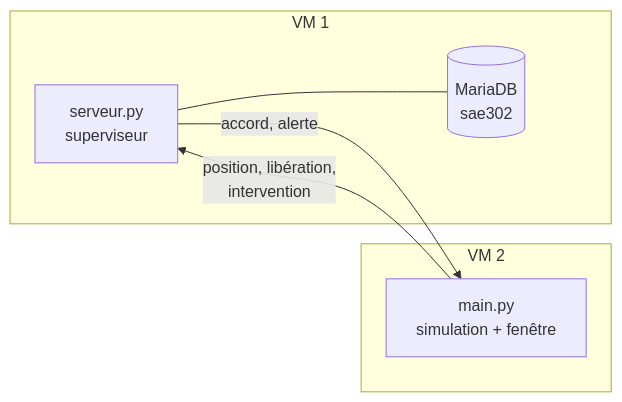
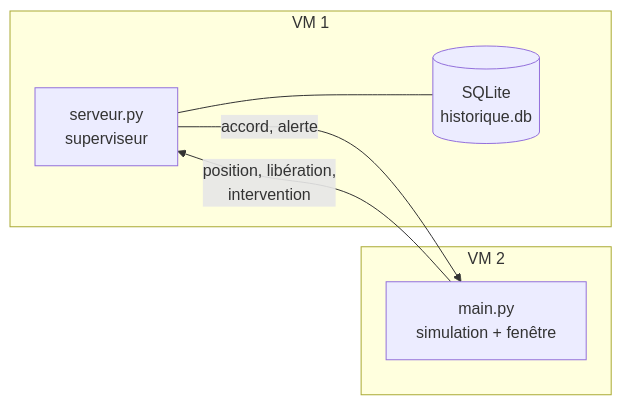
The second of 2 diagrams in README.md (Ercys38/SAE3.02), drawn with Mermaid before and after one commit. The commit also changed other lines of this file and 18 other files, not shown here.

````diff
--- a/README.md
+++ b/README.md
@@ -90,13 +88,13 @@
 ```mermaid
 flowchart LR
     subgraph VM1["VM 1"]
         S["serveur.py<br/>superviseur"]
-        D[("MariaDB<br/>sae302")]
+        D[("SQLite<br/>historique.db")]
         S --- D
     end
     subgraph VM2["VM 2"]
         M["main.py<br/>simulation + fenêtre"]
     end
     M -->|"position, libération,<br/>intervention"| S
     S -->|"accord, alerte"| M
 ```
````
